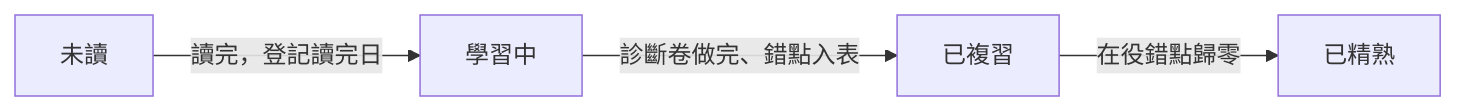
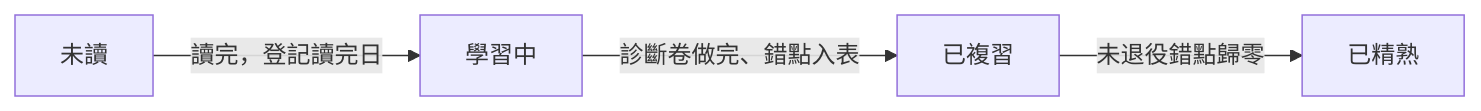
One commit to aquariusCCA/english-learning-system changed the second of 2 diagrams in 00 使用說明與範本/使用說明.md. Above: the diagram before and after it, drawn with Mermaid. The commit also changed other lines of this file and 7 other files, not shown here.

````diff
--- a/00 使用說明與範本/使用說明.md
+++ b/00 使用說明與範本/使用說明.md
@@ -160,6 +166,6 @@
 ```mermaid
 flowchart LR
     A[未讀] -->|讀完，登記讀完日| B[學習中]
     B -->|診斷卷做完、錯點入表| C[已複習]
-    C -->|在役錯點歸零| D[已精熟]
+    C -->|未退役錯點歸零| D[已精熟]
 ```
````
